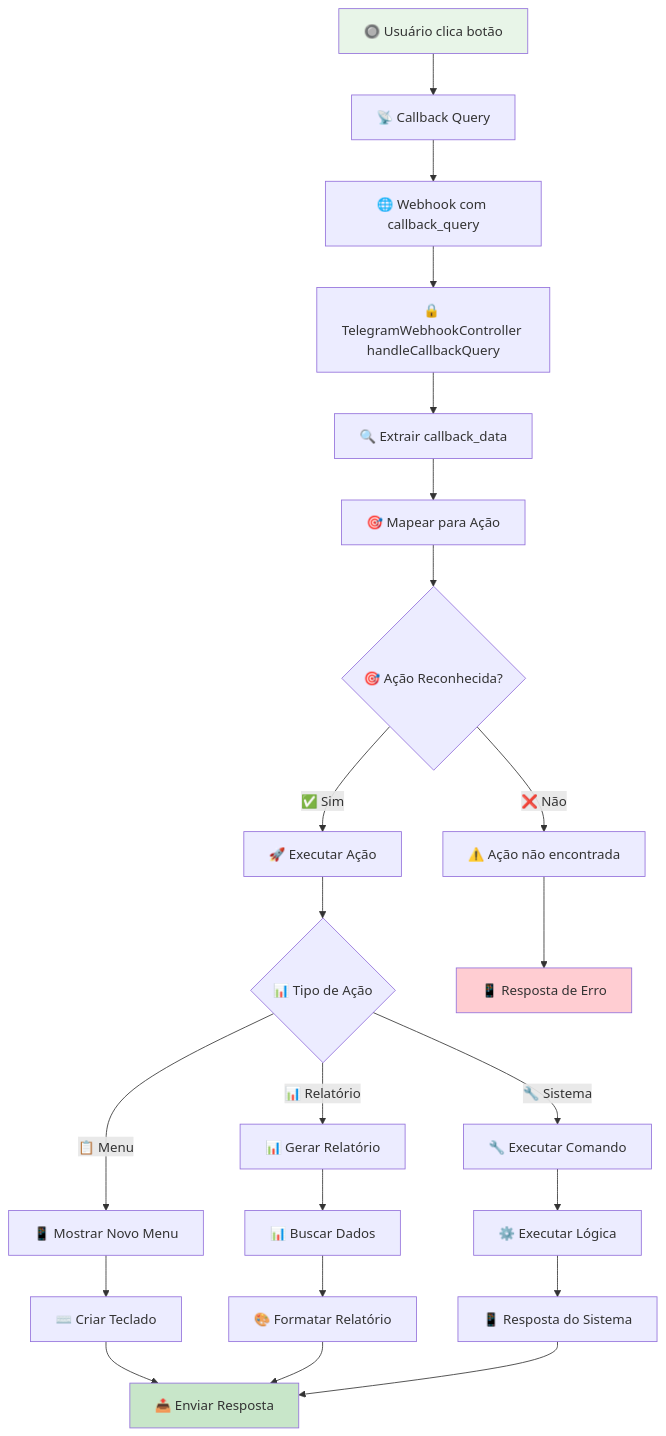
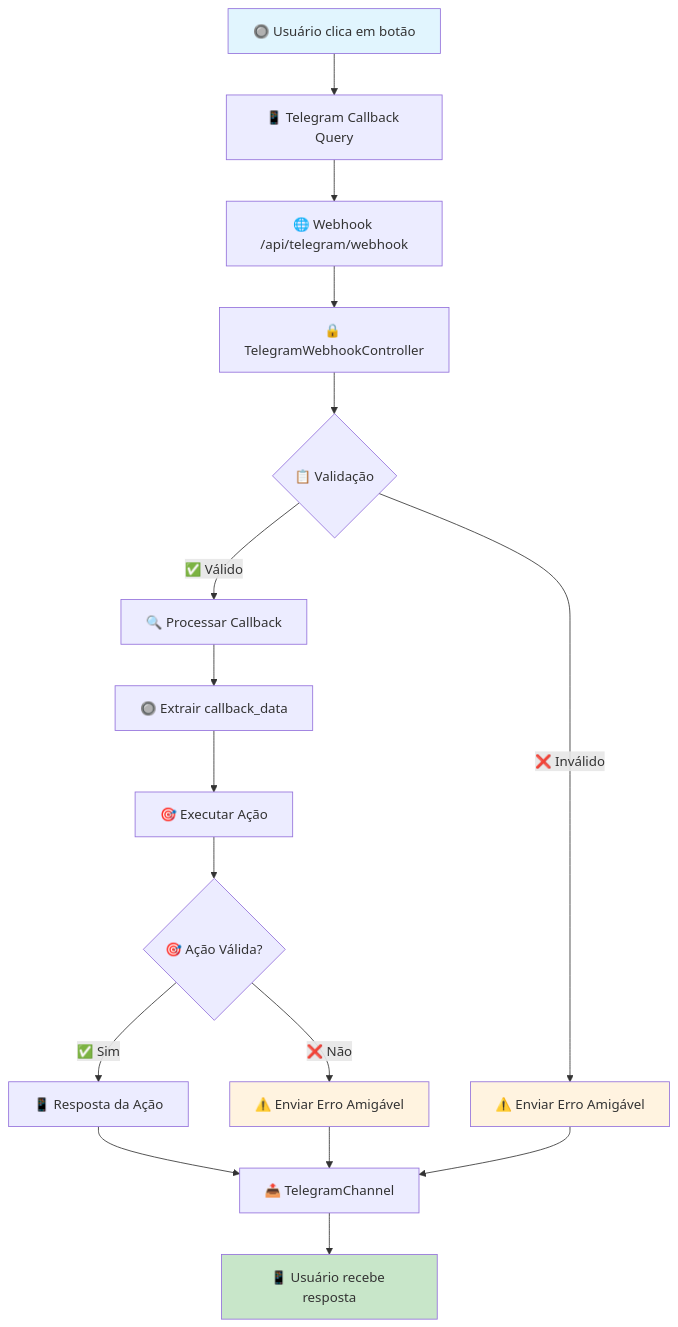
The fourth of 10 diagrams in backend/docs/TELEGRAM_FLOW_DIAGRAM.md (spsise/rei-do-oleo), drawn with Mermaid before and after one commit. The commit also changed other lines of this file and 4 other files, not shown here.

Commit message:
🐘 Backend ✨ feat: Adiciona comando de console para testar o tratamento de erros do Telegram, permitindo simular diferentes tipos de erros e enviar mensagens amigáveis aos usuários, melhorando a robustez e a experiência do usuário no bot Telegram.

````diff
--- a/backend/docs/TELEGRAM_FLOW_DIAGRAM.md
+++ b/backend/docs/TELEGRAM_FLOW_DIAGRAM.md
@@ -130,36 +131,28 @@
 ```mermaid
 flowchart TD
-    A[🔘 Usuário clica botão] --> B[📡 Callback Query]
-    B --> C[🌐 Webhook com callback_query]
-    C --> D[🔒 TelegramWebhookController handleCallbackQuery]
+    A[🔘 Usuário clica em botão] --> B[📱 Telegram Callback Query]
+    B --> C[🌐 Webhook /api/telegram/webhook]
+    C --> D[🔒 TelegramWebhookController]
 
-    D --> E[🔍 Extrair callback_data]
-    E --> F[🎯 Mapear para Ação]
+    D --> E{📋 Validação}
+    E -->|✅ Válido| F[🔍 Processar Callback]
+    E -->|❌ Inválido| G[⚠️ Enviar Erro Amigável]
 
-    F --> G{🎯 Ação Reconhecida?}
-    G -->|✅ Sim| H[🚀 Executar Ação]
-    G -->|❌ Não| I[⚠️ Ação não encontrada]
+    F --> H[🔘 Extrair callback_data]
+    H --> I[🎯 Executar Ação]
 
-    H --> J{📊 Tipo de Ação}
+    I --> J{🎯 Ação Válida?}
+    J -->|✅ Sim| K[📱 Resposta da Ação]
+    J -->|❌ Não| L[⚠️ Enviar Erro Amigável]
 
-    J -->|📋 Menu| K[📱 Mostrar Novo Menu]
-    J -->|📊 Relatório| L[📊 Gerar Relatório]
-    J -->|🔧 Sistema| M[🔧 Executar Comando]
+    K --> M[📤 TelegramChannel]
+    L --> M
+    G --> M
 
-    K --> N[⌨️ Criar Teclado]
-    L --> O[📊 Buscar Dados]
-    M --> P[⚙️ Executar Lógica]
+    M --> N[📱 Usuário recebe resposta]
 
-    O --> Q[🎨 Formatar Relatório]
-    P --> R[📱 Resposta do Sistema]
-
-    N --> S[📤 Enviar Resposta]
-    Q --> S
-    R --> S
-
-    I --> T[📱 Resposta de Erro]
-
-    style A fill:#e8f5e8
-    style S fill:#c8e6c9
-    style T fill:#ffcdd2
+    style A fill:#e1f5fe
+    style N fill:#c8e6c9
+    style G fill:#fff3e0
+    style L fill:#fff3e0
 ```
````
